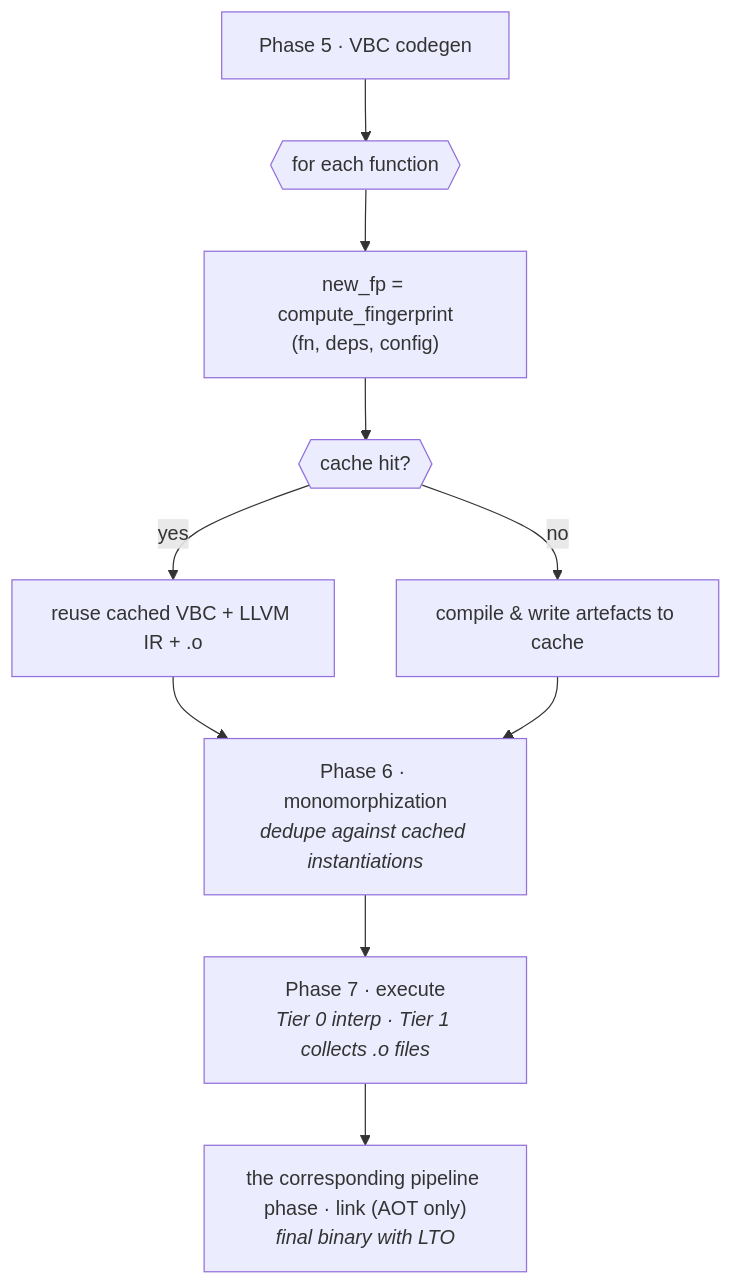
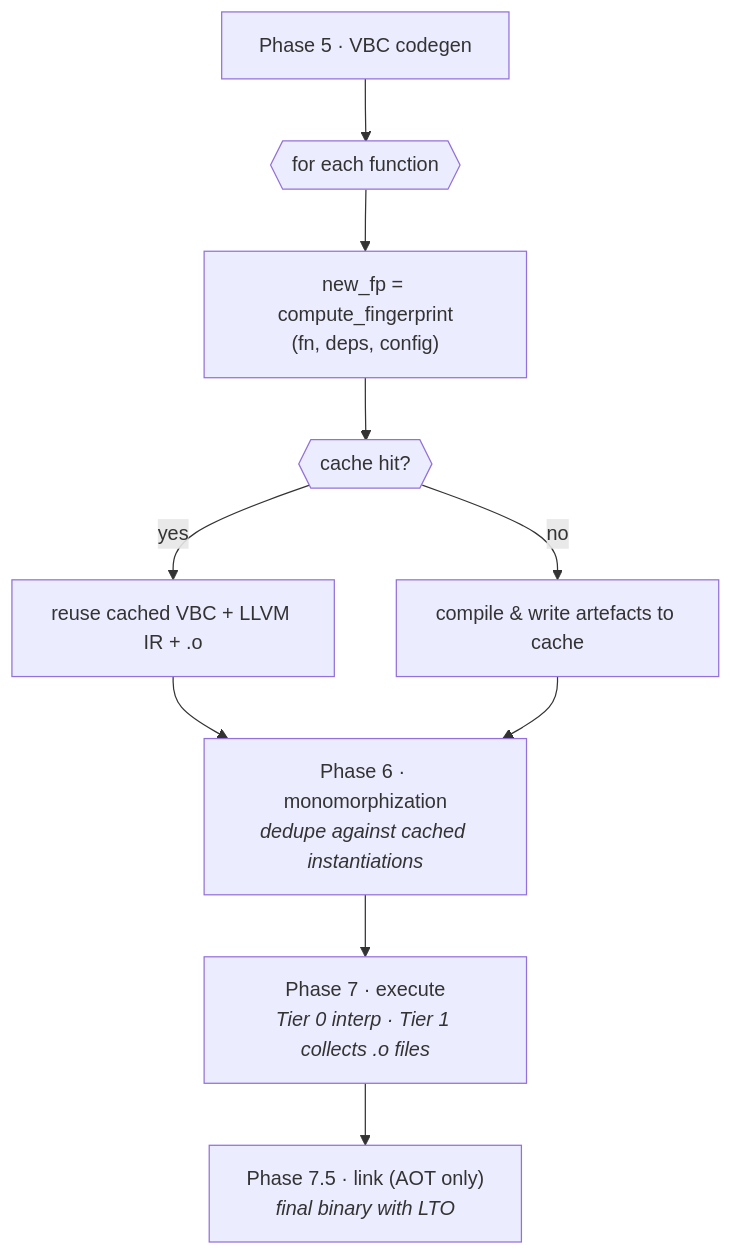
One commit to verum-lang/website changed the diagram in docs/architecture/incremental-compilation.md. Above: the diagram before and after it, drawn with Mermaid. The commit also changed other lines of this file and 81 other files, not shown here.

````diff
--- a/docs/architecture/incremental-compilation.md
+++ b/docs/architecture/incremental-compilation.md
@@ -102,19 +102,19 @@
 ```mermaid
 flowchart TD
     P5["Phase 5 · VBC codegen"]
     LOOP{{"for each function"}}
     FP["new_fp = compute_fingerprint<br/>(fn, deps, config)"]
     HIT{{"cache hit?"}}
     REUSE["reuse cached VBC + LLVM IR + .o"]
     BUILD["compile & write artefacts to cache"]
     P6["Phase 6 · monomorphization<br/><i>dedupe against cached instantiations</i>"]
     P7["Phase 7 · execute<br/><i>Tier 0 interp · Tier 1 collects .o files</i>"]
-    P75["the corresponding pipeline phase · link (AOT only)<br/><i>final binary with LTO</i>"]
+    P75["Phase 7.5 · link (AOT only)<br/><i>final binary with LTO</i>"]
 
     P5 --> LOOP --> FP --> HIT
     HIT -- "yes" --> REUSE
     HIT -- "no" --> BUILD
     REUSE --> P6
     BUILD --> P6
     P6 --> P7 --> P75
 ```
````
